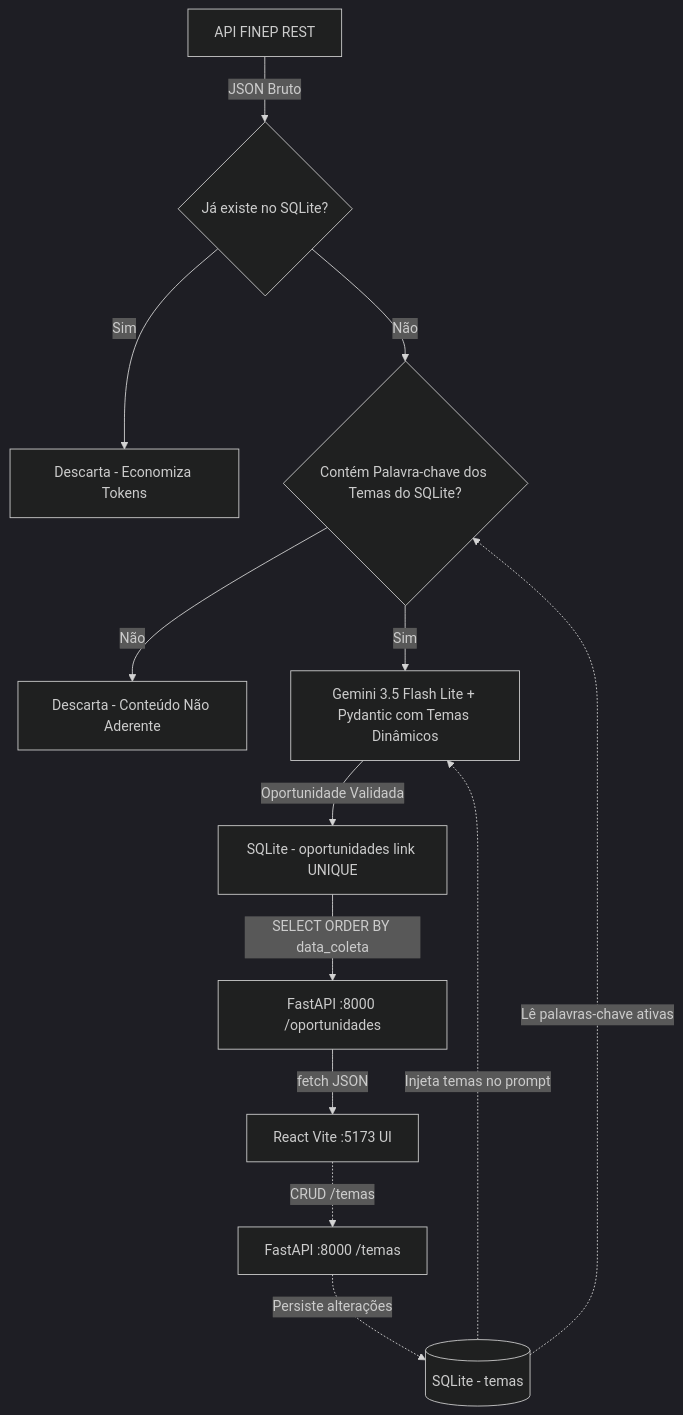
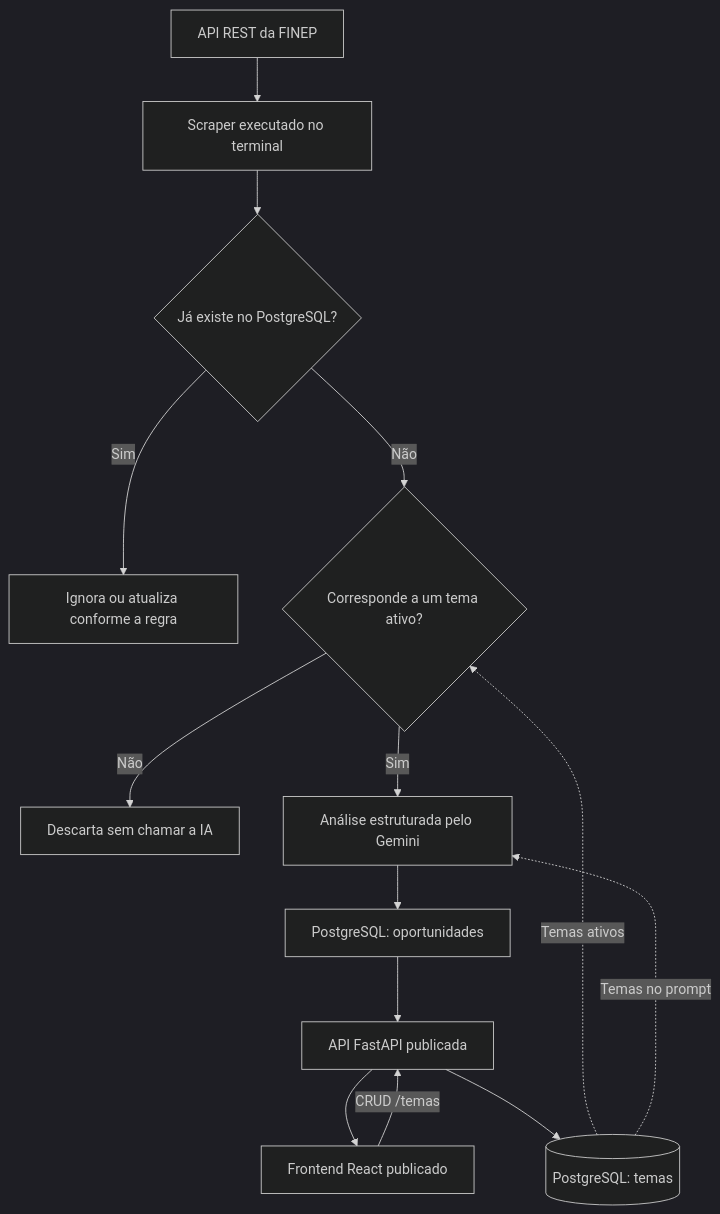
One commit to caioSiqueiraSantos/Buscador-de-Editais changed the diagram in doc/03_Fluxo_de_Dados.md. Above: the diagram before and after it, drawn with Mermaid (dark theme). The commit also changed other lines of this file and 2 other files, not shown here.

Commit message:
docs: atualizar documentacao para PostgreSQL e deploy publicado

````diff
--- a/doc/03_Fluxo_de_Dados.md
+++ b/doc/03_Fluxo_de_Dados.md
@@ -57,15 +71,16 @@
 ```mermaid
 flowchart TD
-    A[API FINEP REST] -->|JSON Bruto| B{Já existe no SQLite?}
-    B -->|Sim| C[Descarta - Economiza Tokens]
-    B -->|Não| D{Contém Palavra-chave dos Temas do SQLite?}
-    D -->|Não| E[Descarta - Conteúdo Não Aderente]
-    D -->|Sim| F[Gemini 3.5 Flash Lite + Pydantic com Temas Dinâmicos]
-    F -->|Oportunidade Validada| G[SQLite - oportunidades link UNIQUE]
-    G -->|SELECT ORDER BY data_coleta| H[FastAPI :8000 /oportunidades]
-    H -->|fetch JSON| I[React Vite :5173 UI]
-    J[(SQLite - temas)] -.->|Lê palavras-chave ativas| D
-    J -.->|Injeta temas no prompt| F
-    I -.->|CRUD /temas| K[FastAPI :8000 /temas]
-    K -.->|Persiste alterações| J
+    A[API REST da FINEP] --> B[Scraper executado no terminal]
+    B --> C{Já existe no PostgreSQL?}
+    C -->|Sim| D[Ignora ou atualiza conforme a regra]
+    C -->|Não| E{Corresponde a um tema ativo?}
+    E -->|Não| F[Descarta sem chamar a IA]
+    E -->|Sim| G[Análise estruturada pelo Gemini]
+    G --> H[PostgreSQL: oportunidades]
+    T[(PostgreSQL: temas)] -.->|Temas ativos| E
+    T -.->|Temas no prompt| G
+    H --> I[API FastAPI publicada]
+    I --> J[Frontend React publicado]
+    J -->|CRUD /temas| I
+    I --> T
 ```
````
